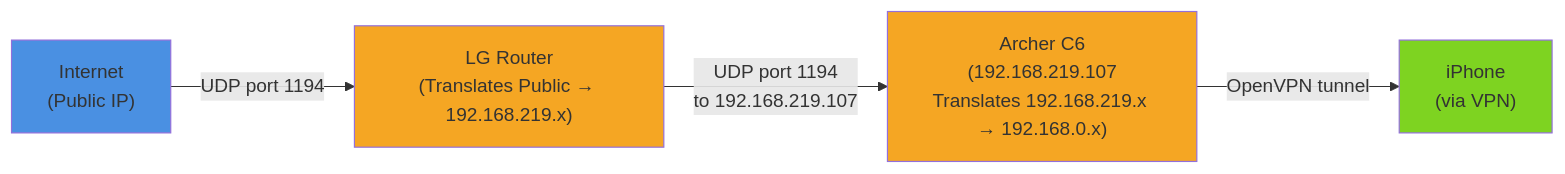
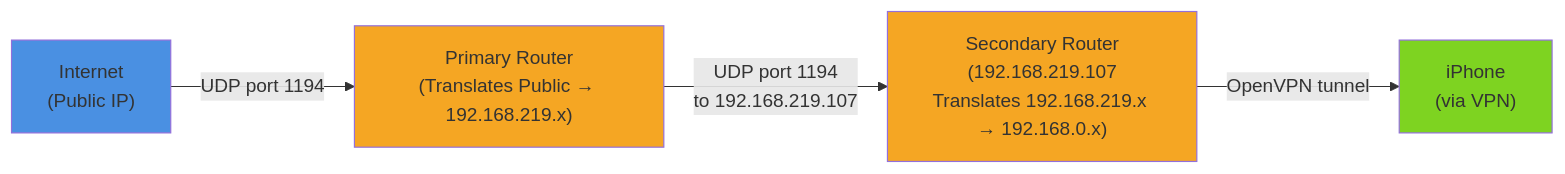
The second of 2 diagrams in content/en/router-vpn-01.md (samcho0608/samcho0608.github.io), drawn with Mermaid before and after one commit. The commit also changed other lines of this file and 9 other files, not shown here.

````diff
--- a/content/en/router-vpn-01.md
+++ b/content/en/router-vpn-01.md
@@ -90,16 +90,16 @@
 ```mermaid
 graph LR
     A["Internet<br/>(Public IP)"]
-    B["LG Router<br/>(Translates Public → 192.168.219.x)"]
-    C["Archer C6<br/>(192.168.219.107<br/>Translates 192.168.219.x → 192.168.0.x)"]
+    B["Primary Router<br/>(Translates Public → 192.168.219.x)"]
+    C["Secondary Router<br/>(192.168.219.107<br/>Translates 192.168.219.x → 192.168.0.x)"]
     D["iPhone<br/>(via VPN)"]
 
     A -->|UDP port 1194| B
     B -->|UDP port 1194<br/>to 192.168.219.107| C
     C -->|OpenVPN tunnel| D
 
     style A fill:#4a90e2
     style B fill:#f5a623
     style C fill:#f5a623
     style D fill:#7ed321
 ```
````
